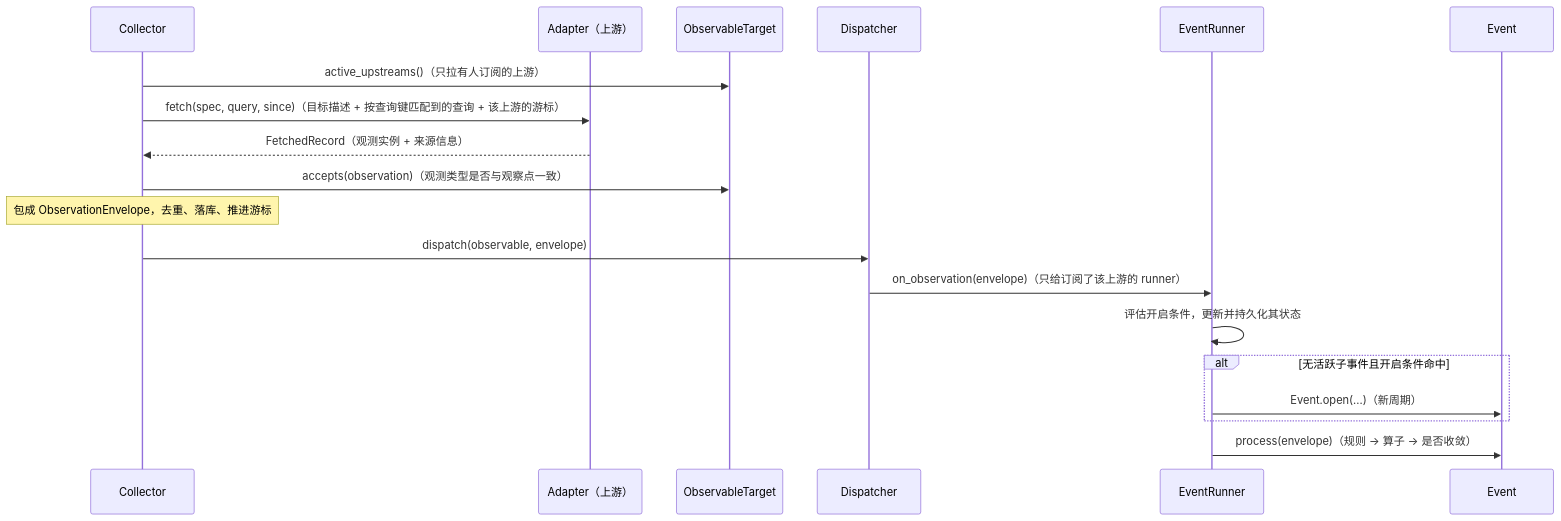
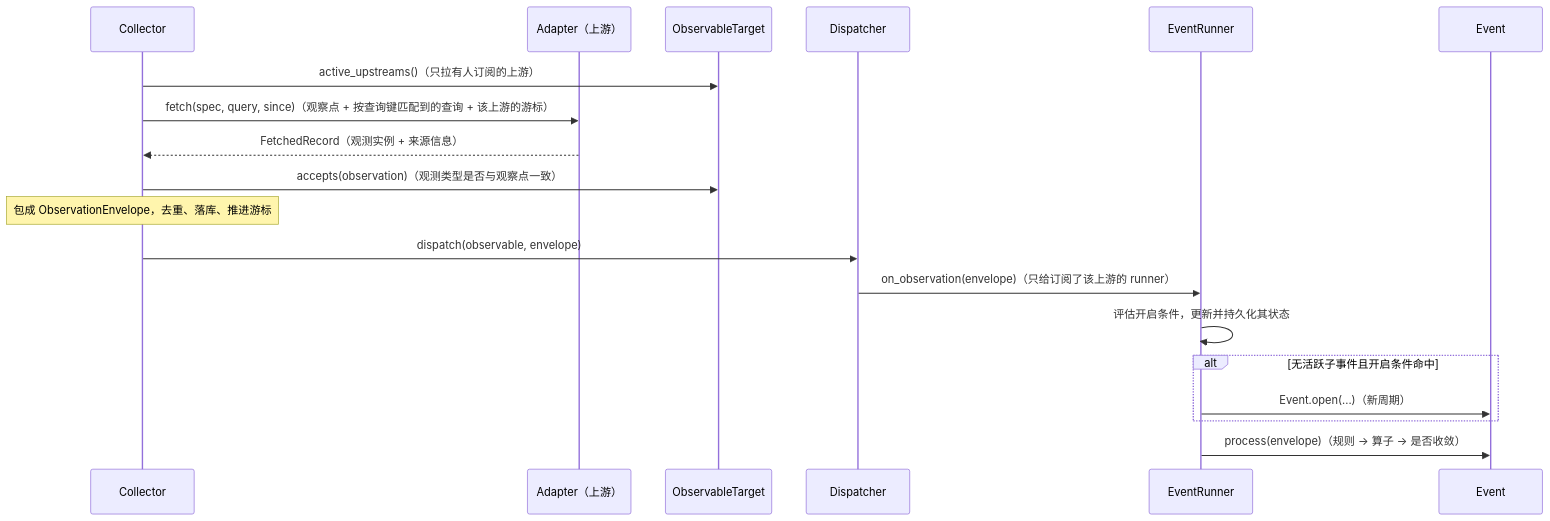
The second of 5 diagrams in README.md (Jeromexsu/Orion), drawn with Mermaid before and after one commit. The commit also changed other lines of this file and 9 other files, not shown here.

````diff
--- a/README.md
+++ b/README.md
@@ -62,22 +62,22 @@
 ```mermaid
 sequenceDiagram
   participant C as Collector
   participant A as Adapter（上游）
   participant O as ObservableTarget
   participant D as Dispatcher
   participant R as EventRunner
   participant E as Event
 
   C->>O: active_upstreams()（只拉有人订阅的上游）
-  C->>A: fetch(spec, query, since)（目标描述 + 按查询键匹配到的查询 + 该上游的游标）
+  C->>A: fetch(spec, query, since)（观察点 + 按查询键匹配到的查询 + 该上游的游标）
   A-->>C: FetchedRecord（观测实例 + 来源信息）
   C->>O: accepts(observation)（观测类型是否与观察点一致）
   Note over C: 包成 ObservationEnvelope，去重、落库、推进游标
   C->>D: dispatch(observable, envelope)
   D->>R: on_observation(envelope)（只给订阅了该上游的 runner）
   R->>R: 评估开启条件，更新并持久化其状态
   alt 无活跃子事件且开启条件命中
     R->>E: Event.open(...)（新周期）
   end
   R->>E: process(envelope)（规则 → 算子 → 是否收敛）
 ```
````
